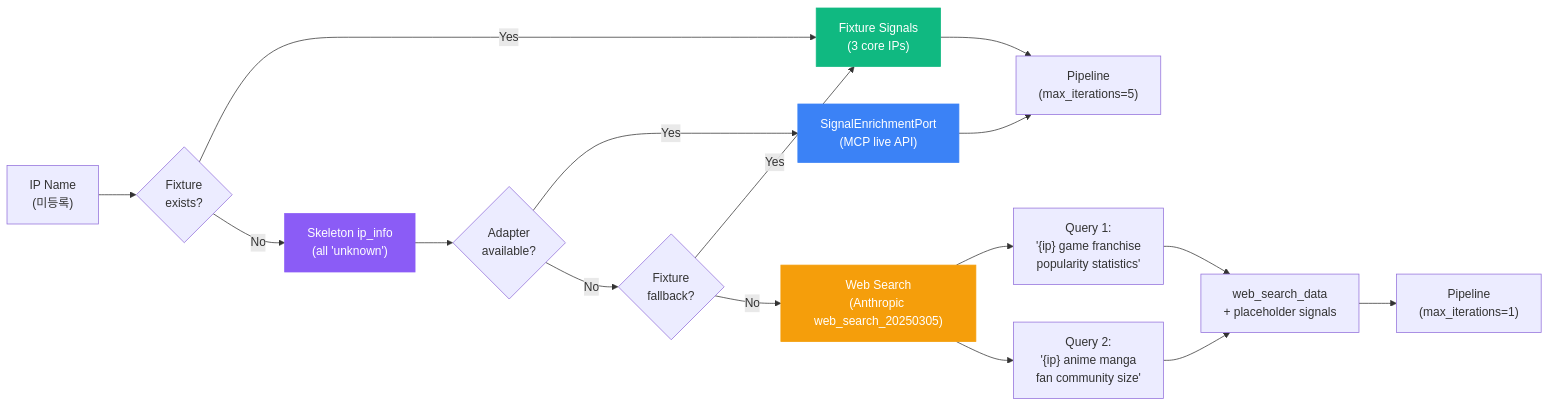
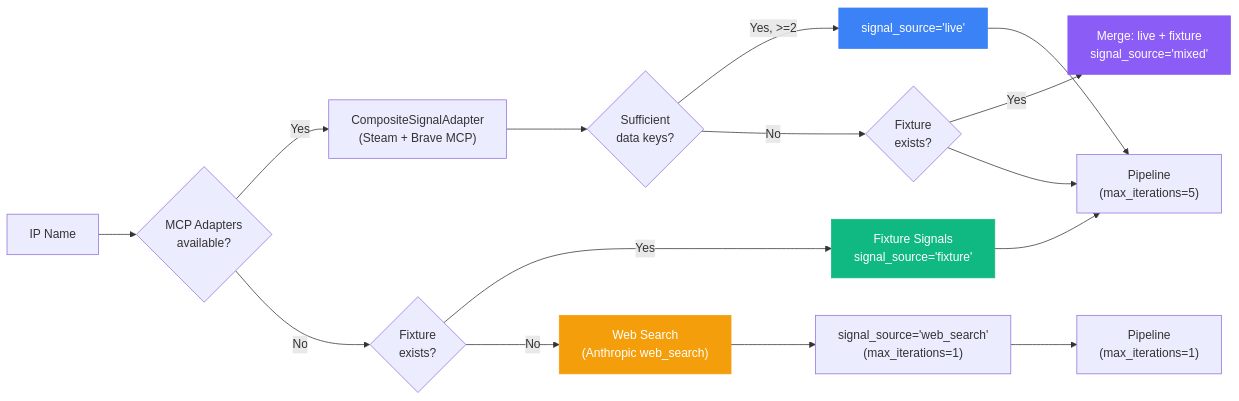
One commit to mangowhoiscloud/geode changed diagram 16 of 16 in README.md. Above: the diagram before and after it, drawn with Mermaid. The commit also changed other lines of this file and 8 other files, not shown here.

First line of the commit message:
feat: 시그널 라이브화 — MCP 어댑터 우선 호출, fixture fallback 보존

````diff
--- a/README.md
+++ b/README.md
@@ -856,24 +856,23 @@
 ```mermaid
 graph LR
-    IP["IP Name<br/>(미등록)"] --> R{"Fixture<br/>exists?"}
-    R -->|Yes| Fix["Fixture Signals<br/>(3 core IPs)"]
-    R -->|No| Skel["Skeleton ip_info<br/>(all 'unknown')"]
-    Skel --> S1{"Adapter<br/>available?"}
-    S1 -->|Yes| Adapt["SignalEnrichmentPort<br/>(MCP live API)"]
-    S1 -->|No| S2{"Fixture<br/>fallback?"}
-    S2 -->|Yes| Fix
-    S2 -->|No| Web["Web Search<br/>(Anthropic web_search_20250305)"]
+    IP["IP Name"] --> MCP{"MCP Adapters<br/>available?"}
+    MCP -->|Yes| Live["CompositeSignalAdapter<br/>(Steam + Brave MCP)"]
+    Live --> Suf{"Sufficient<br/>data keys?"}
+    Suf -->|Yes, >=2| LOut["signal_source='live'"]
+    Suf -->|No| Mix{"Fixture<br/>exists?"}
+    Mix -->|Yes| Mixed["Merge: live + fixture<br/>signal_source='mixed'"]
+    MCP -->|No| Fix{"Fixture<br/>exists?"}
+    Fix -->|Yes| FOut["Fixture Signals<br/>signal_source='fixture'"]
+    Fix -->|No| Web["Web Search<br/>(Anthropic web_search)"]
+    Mix --> PipeN["Pipeline<br/>(max_iterations=5)"]
+    Web --> WOut["signal_source='web_search'<br/>(max_iterations=1)"]
 
-    Web --> Q1["Query 1:<br/>'{ip} game franchise<br/>popularity statistics'"]
-    Web --> Q2["Query 2:<br/>'{ip} anime manga<br/>fan community size'"]
-    Q1 --> Merge["web_search_data<br/>+ placeholder signals"]
-    Q2 --> Merge
-    Merge --> Pipe["Pipeline<br/>(max_iterations=1)"]
-    Fix --> PipeN["Pipeline<br/>(max_iterations=5)"]
-    Adapt --> PipeN
+    LOut --> PipeN
+    FOut --> PipeN
+    WOut --> Pipe1["Pipeline<br/>(max_iterations=1)"]
 
     style Web fill:#f59e0b,stroke:#f59e0b,color:#fff
-    style Fix fill:#10b981,stroke:#10b981,color:#fff
-    style Adapt fill:#3b82f6,stroke:#3b82f6,color:#fff
-    style Skel fill:#8b5cf6,stroke:#8b5cf6,color:#fff
+    style FOut fill:#10b981,stroke:#10b981,color:#fff
+    style LOut fill:#3b82f6,stroke:#3b82f6,color:#fff
+    style Mixed fill:#8b5cf6,stroke:#8b5cf6,color:#fff
 ```
````
